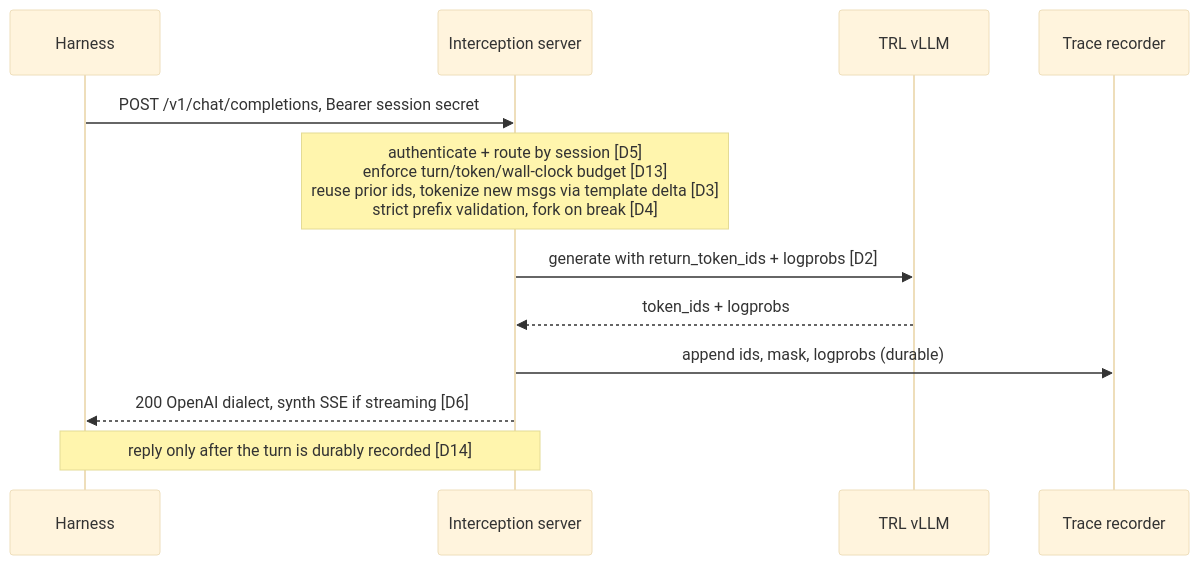
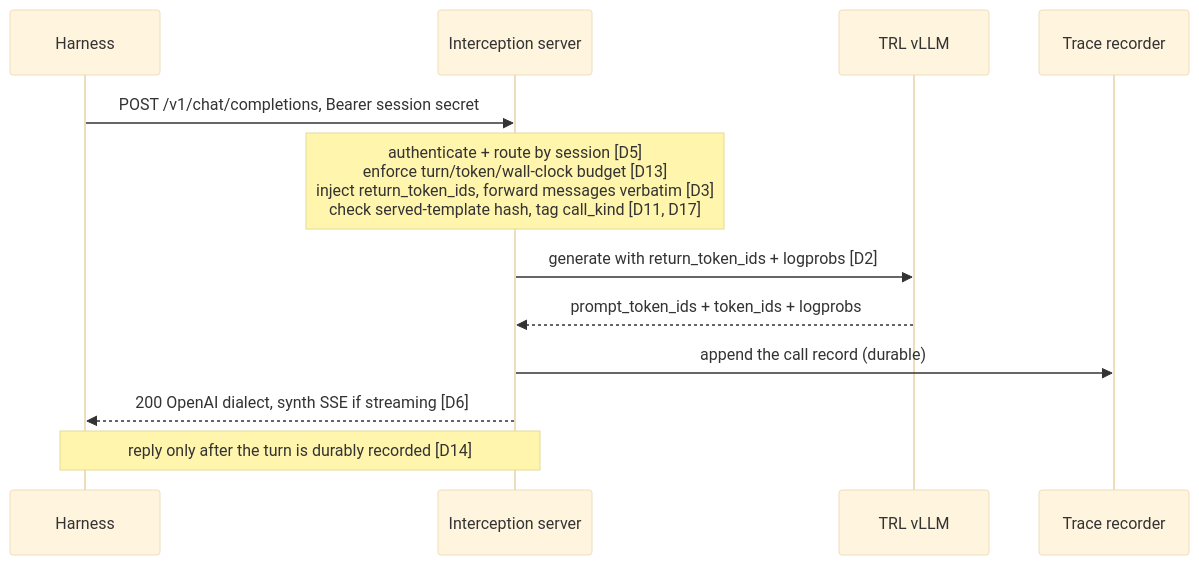
Before and after one commit to meta-pytorch/OpenEnv: the third of 3 diagrams in rfcs/006-agentic-rl-harness-interception.md, drawn with Mermaid (base theme). The commit also changed other lines of this file and 1 other file, not shown here.

````diff
--- a/rfcs/006-agentic-rl-harness-interception.md
+++ b/rfcs/006-agentic-rl-harness-interception.md
@@ -165,14 +278,14 @@
 ```mermaid
 sequenceDiagram
     participant H as Harness
     participant S as Interception server
     participant V as TRL vLLM
     participant R as Trace recorder
     H->>S: POST /v1/chat/completions, Bearer session secret
-    Note over S: authenticate + route by session [D5]<br/>enforce turn/token/wall-clock budget [D13]<br/>reuse prior ids, tokenize new msgs via template delta [D3]<br/>strict prefix validation, fork on break [D4]
+    Note over S: authenticate + route by session [D5]<br/>enforce turn/token/wall-clock budget [D13]<br/>inject return_token_ids, forward messages verbatim [D3]<br/>check served-template hash, tag call_kind [D11, D17]
     S->>V: generate with return_token_ids + logprobs [D2]
-    V-->>S: token_ids + logprobs
-    S->>R: append ids, mask, logprobs (durable)
+    V-->>S: prompt_token_ids + token_ids + logprobs
+    S->>R: append the call record (durable)
     S-->>H: 200 OpenAI dialect, synth SSE if streaming [D6]
     Note over H,S: reply only after the turn is durably recorded [D14]
 ```
````
